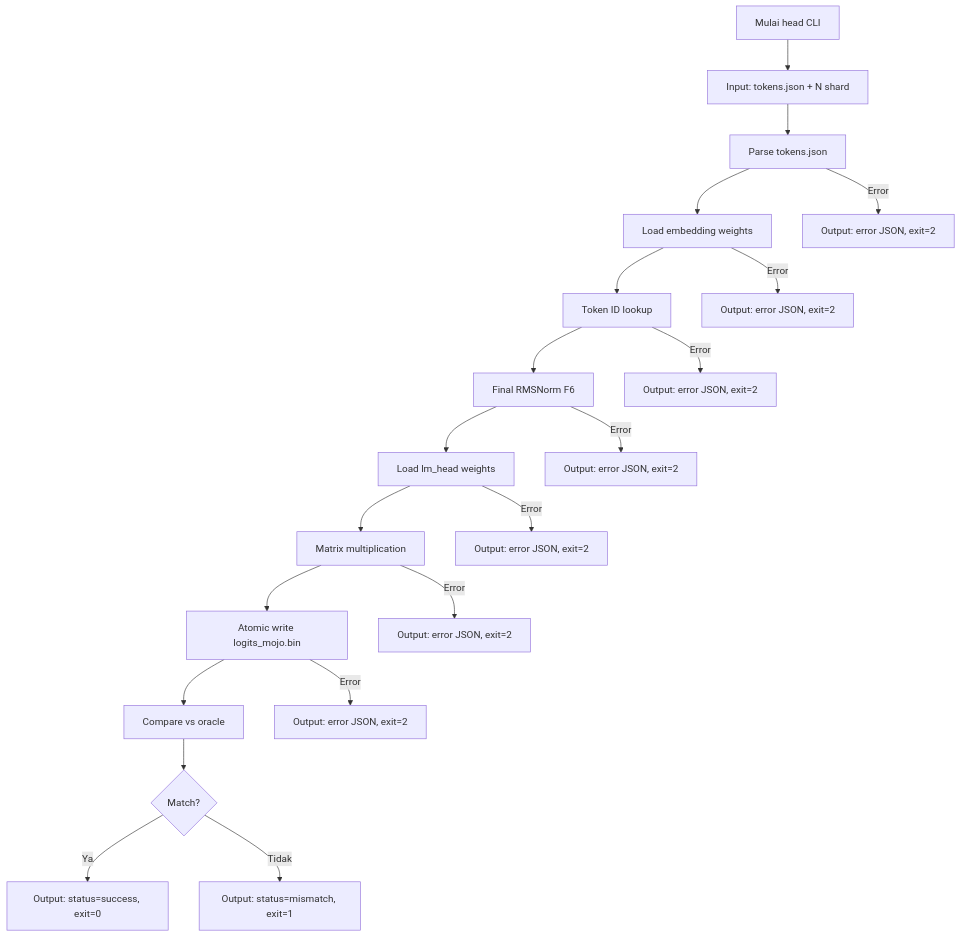
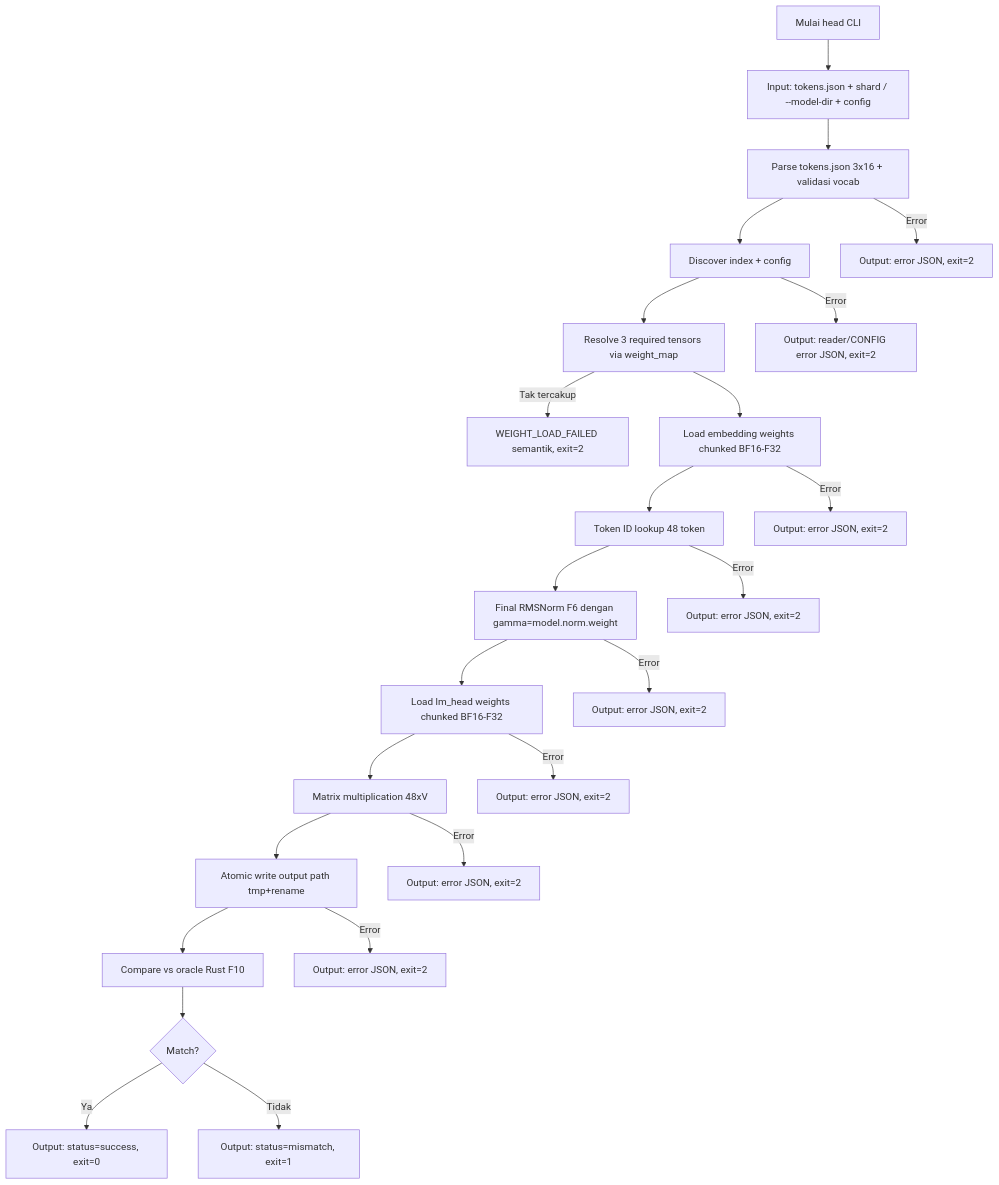
Before and after one commit to will2469/disk-streaming-moe-engine: the diagram in docs/milestones/M1-head-path.md, drawn with Mermaid. The commit also changed other lines of this file and 1 other file, not shown here.

Commit message:
docs: refine M1 milestone specification with normative tensor loading, memory budget constraints, and expanded CLI/Oracle error handling contracts

````diff
--- a/docs/milestones/M1-head-path.md
+++ b/docs/milestones/M1-head-path.md
@@ -199,22 +308,26 @@
 ```mermaid
 flowchart TB
-    START[Mulai head CLI] --> INPUT[Input: tokens.json + N shard]
-    INPUT --> PARSET[Parse tokens.json]
-    PARSET --> LOADE[Load embedding weights]
-    LOADE --> LOOKUP[Token ID lookup]
-    LOOKUP --> NORM[Final RMSNorm F6]
-    NORM --> LOADL[Load lm_head weights]
-    LOADL --> MATMUL[Matrix multiplication]
-    MATMUL --> WRITE[Atomic write logits_mojo.bin]
-    WRITE --> COMPARE[Compare vs oracle]
+    START[Mulai head CLI] --> INPUT[Input: tokens.json + shard / --model-dir + config]
+    INPUT --> PARSET[Parse tokens.json 3x16 + validasi vocab]
+    PARSET --> DISCOVER[Discover index + config]
+    DISCOVER --> RESOLVE[Resolve 3 required tensors via weight_map]
+    RESOLVE -->|Tak tercakup| ERRS[WEIGHT_LOAD_FAILED semantik, exit=2]
+    RESOLVE --> LOADE[Load embedding weights chunked BF16-F32]
+    LOADE --> LOOKUP[Token ID lookup 48 token]
+    LOOKUP --> NORM[Final RMSNorm F6 dengan gamma=model.norm.weight]
+    NORM --> LOADL[Load lm_head weights chunked BF16-F32]
+    LOADL --> MATMUL[Matrix multiplication 48xV]
+    MATMUL --> WRITE[Atomic write output path tmp+rename]
+    WRITE --> COMPARE[Compare vs oracle Rust F10]
     COMPARE --> CHECK{Match?}
     CHECK -->|Ya| SUCCESS[Output: status=success, exit=0]
     CHECK -->|Tidak| MISMATCH[Output: status=mismatch, exit=1]
     PARSET -->|Error| ERROR1[Output: error JSON, exit=2]
+    DISCOVER -->|Error| ERROR0[Output: reader/CONFIG error JSON, exit=2]
     LOADE -->|Error| ERROR2[Output: error JSON, exit=2]
     LOOKUP -->|Error| ERROR3[Output: error JSON, exit=2]
     NORM -->|Error| ERROR4[Output: error JSON, exit=2]
     LOADL -->|Error| ERROR5[Output: error JSON, exit=2]
     MATMUL -->|Error| ERROR6[Output: error JSON, exit=2]
     WRITE -->|Error| ERROR7[Output: error JSON, exit=2]
 ```
````
